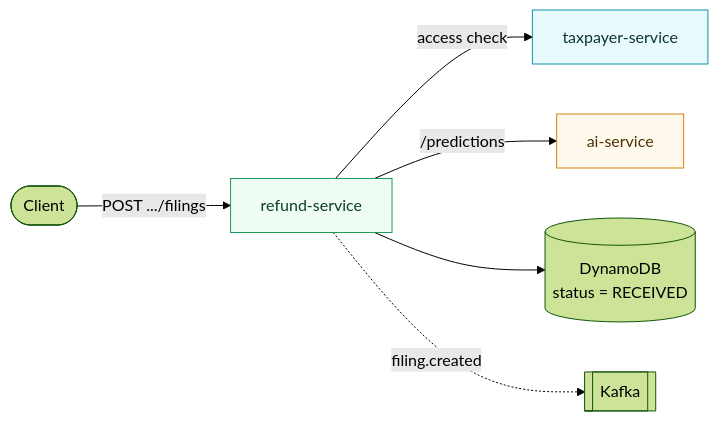
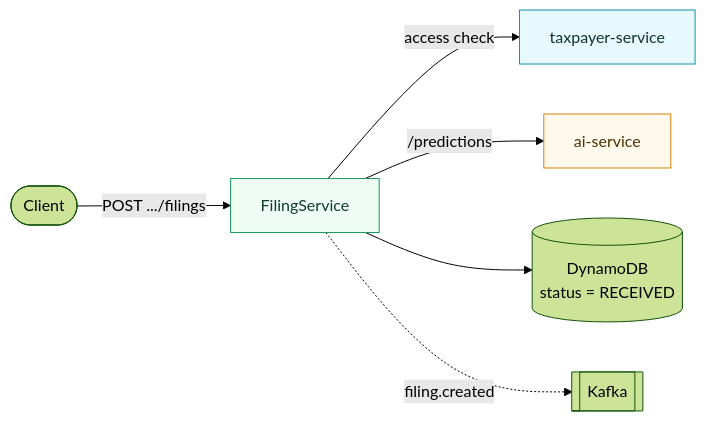
The fifth of 8 diagrams in README.md (Thangaprabhu/turbotax-refund-service), drawn with Mermaid (forest theme) before and after one commit. The commit also changed other lines of this file, not shown here.

First line of the commit message:
Split Flow 5, add missing flows for full 1:1 API workflow coverage

````diff
--- a/README.md
+++ b/README.md
@@ -74,14 +86,14 @@
 ```mermaid
 flowchart LR
-    C(["Client"]) -->|"POST .../filings"| R["refund-service"]
+    C(["Client"]) -->|"POST .../filings"| R["FilingService"]
     R -->|"access check"| T["taxpayer-service"]
     R -->|"/predictions"| AI["ai-service"]
     R --> D[("DynamoDB<br/>status = RECEIVED")]
     R -.->|"filing.created"| K[["Kafka"]]
     classDef refund fill:#eefcf3,stroke:#1c9a5b,color:#0d3d24;
     classDef taxpayer fill:#e8f9fb,stroke:#0e91a8,color:#0d3336;
     classDef ai fill:#fff8ec,stroke:#d9820b,color:#4d3200;
     class R refund;
     class T taxpayer;
     class AI ai;
 ```
````
